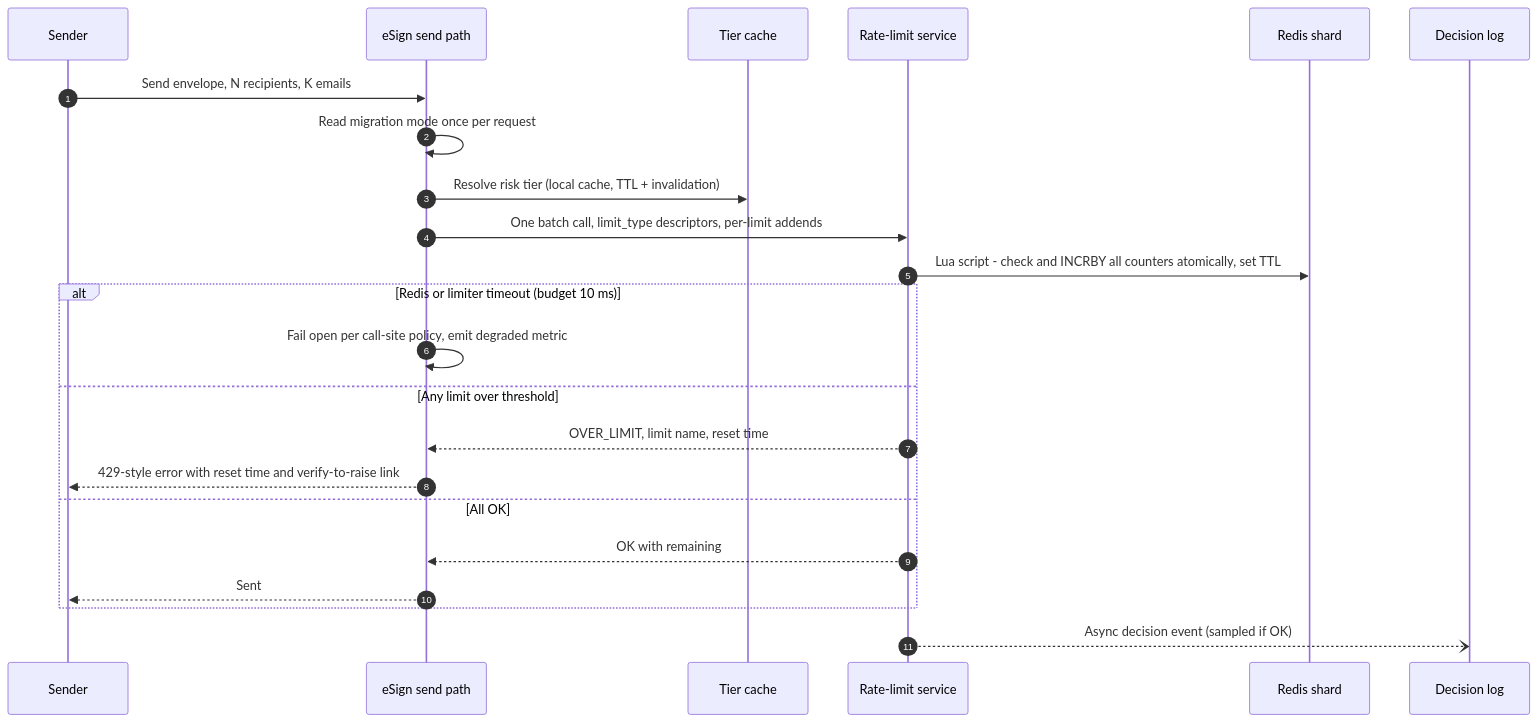
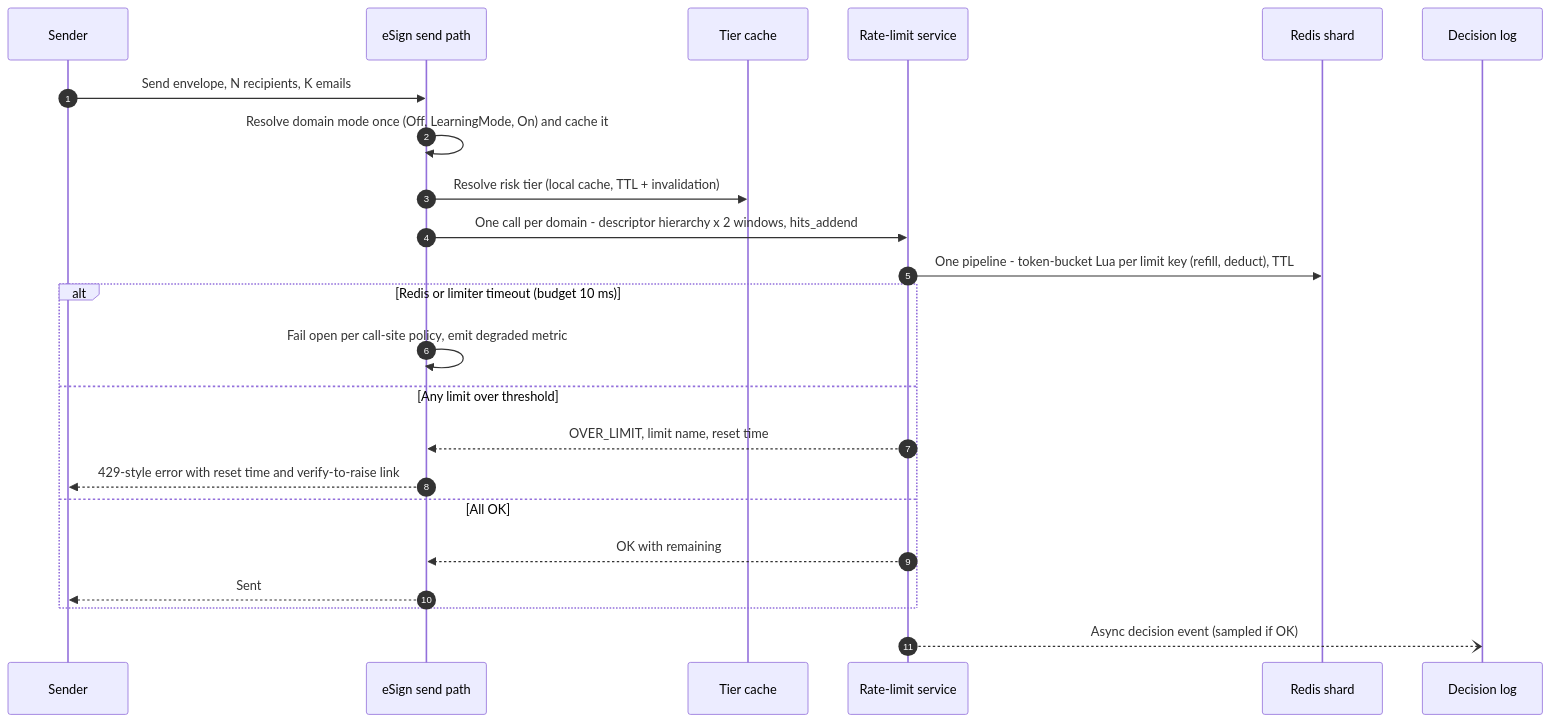
The second of 6 diagrams in 14-Reverse-System-Design-Trust-Platform.md (aks3090/SystemDesign), drawn with Mermaid before and after one commit. The commit also changed other lines of this file, not shown here.

````diff
--- a/14-Reverse-System-Design-Trust-Platform.md
+++ b/14-Reverse-System-Design-Trust-Platform.md
@@ -128,25 +219,25 @@
 ```mermaid
 sequenceDiagram
   autonumber
   participant C as Sender
   participant S as eSign send path
   participant T as Tier cache
   participant R as Rate-limit service
   participant D as Redis shard
   participant L as Decision log
   C->>S: Send envelope, N recipients, K emails
-  S->>S: Read migration mode once per request
+  S->>S: Resolve domain mode once (Off, LearningMode, On) and cache it
   S->>T: Resolve risk tier (local cache, TTL + invalidation)
-  S->>R: One batch call, limit_type descriptors, per-limit addends
-  R->>D: Lua script - check and INCRBY all counters atomically, set TTL
+  S->>R: One call per domain - descriptor hierarchy x 2 windows, hits_addend
+  R->>D: One pipeline - token-bucket Lua per limit key (refill, deduct), TTL
   alt Redis or limiter timeout (budget 10 ms)
     S->>S: Fail open per call-site policy, emit degraded metric
   else Any limit over threshold
     R-->>S: OVER_LIMIT, limit name, reset time
     S-->>C: 429-style error with reset time and verify-to-raise link
   else All OK
     R-->>S: OK with remaining
     S-->>C: Sent
   end
   R--)L: Async decision event (sampled if OK)
 ```
````
